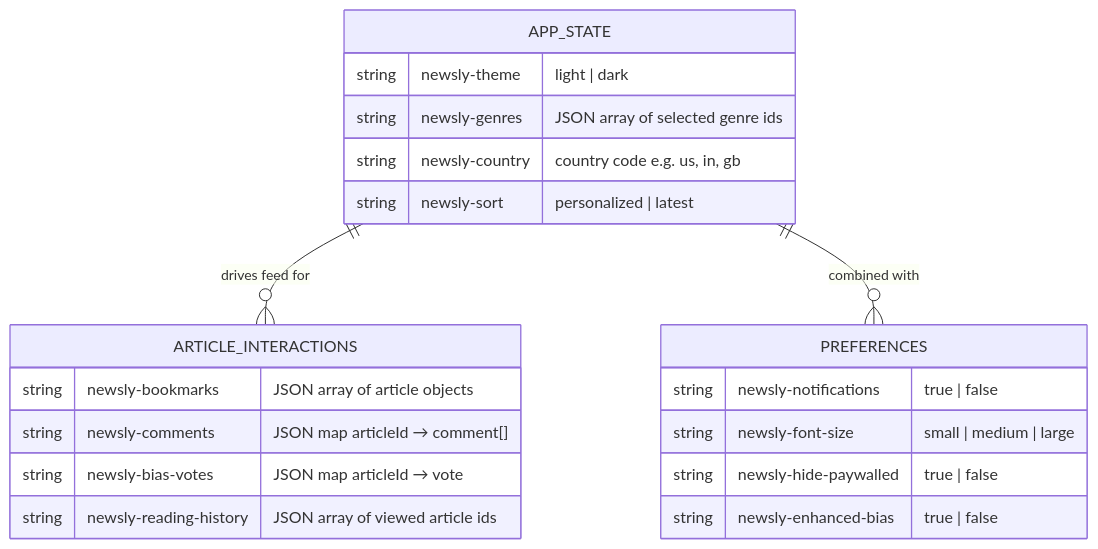
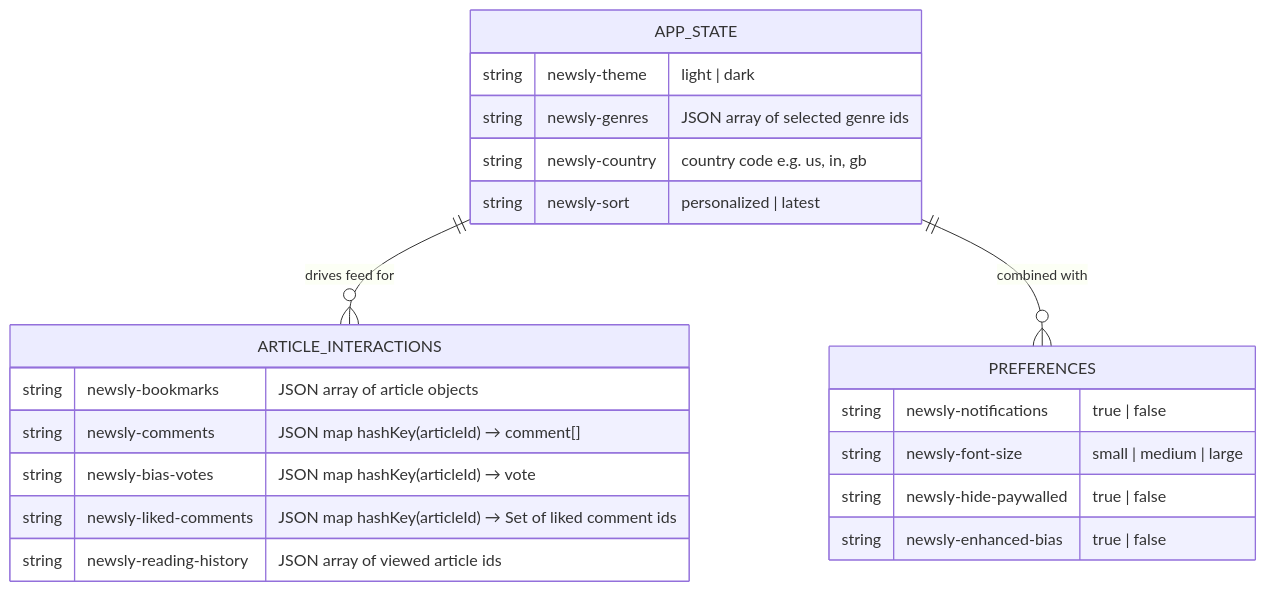
Before and after one commit to Vikx001/newsly: the fifth of 5 diagrams in README.md, drawn with Mermaid. The commit also changed other lines of this file and 13 other files, not shown here.

````diff
--- a/README.md
+++ b/README.md
@@ -288,26 +305,27 @@
 ```mermaid
 erDiagram
     APP_STATE {
         string newsly-theme "light | dark"
         string newsly-genres "JSON array of selected genre ids"
         string newsly-country "country code e.g. us, in, gb"
         string newsly-sort "personalized | latest"
     }
 
     ARTICLE_INTERACTIONS {
         string newsly-bookmarks "JSON array of article objects"
-        string newsly-comments "JSON map articleId → comment[]"
-        string newsly-bias-votes "JSON map articleId → vote"
+        string newsly-comments "JSON map hashKey(articleId) → comment[]"
+        string newsly-bias-votes "JSON map hashKey(articleId) → vote"
+        string newsly-liked-comments "JSON map hashKey(articleId) → Set of liked comment ids"
         string newsly-reading-history "JSON array of viewed article ids"
     }
 
     PREFERENCES {
         string newsly-notifications "true | false"
         string newsly-font-size "small | medium | large"
         string newsly-hide-paywalled "true | false"
         string newsly-enhanced-bias "true | false"
     }
 
     APP_STATE ||--o{ ARTICLE_INTERACTIONS : "drives feed for"
     APP_STATE ||--o{ PREFERENCES : "combined with"
 ```
````
